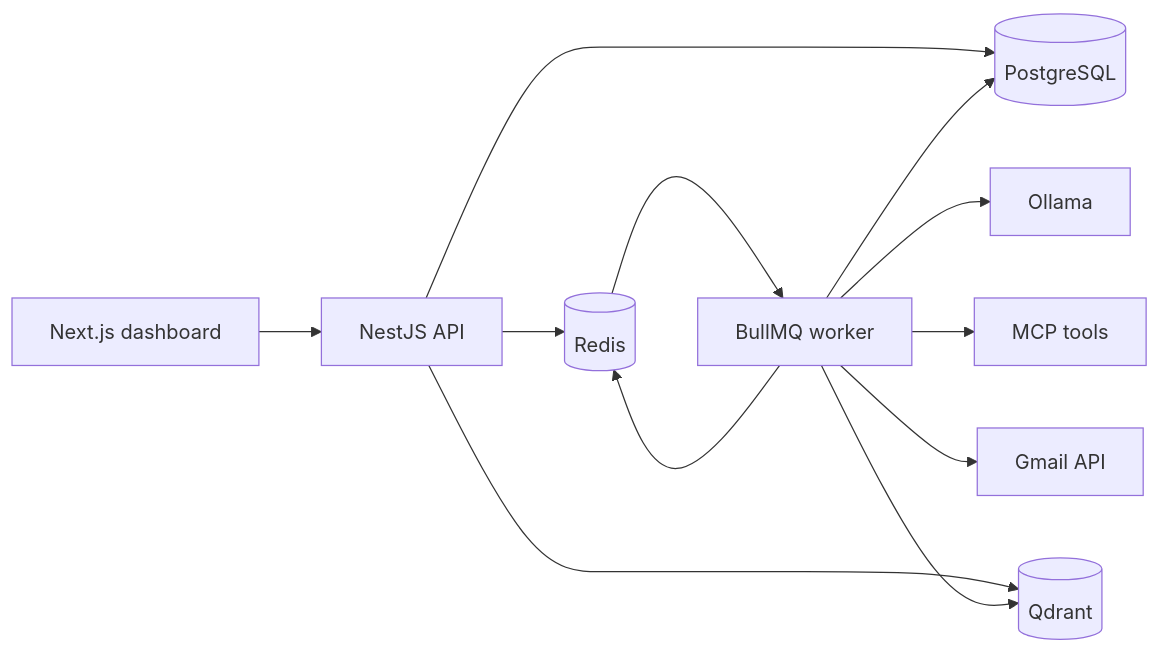
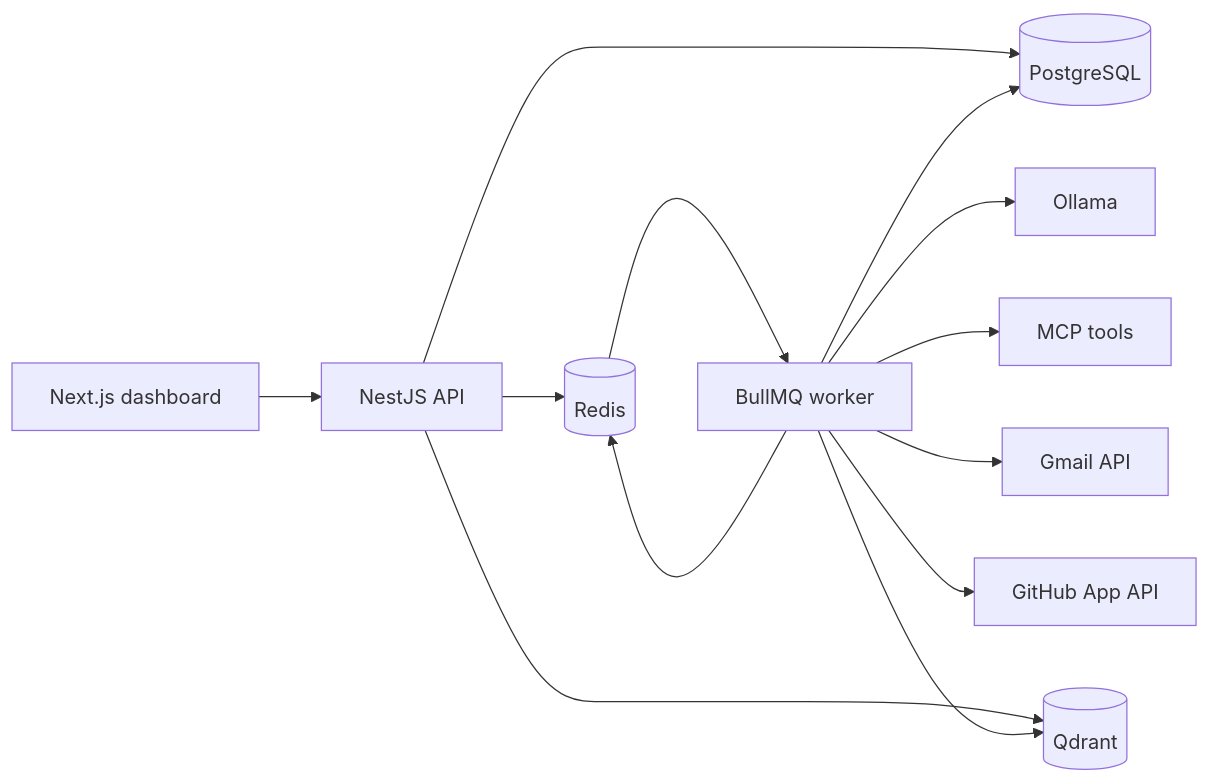
The diagram in docs/portfolio-release.md (Repith/devhub-ai-command-center), drawn with Mermaid before and after one commit. The commit also changed other lines of this file and 9 other files, not shown here.

````diff
--- a/docs/portfolio-release.md
+++ b/docs/portfolio-release.md
@@ -16,14 +16,15 @@
 ```mermaid
 flowchart LR
   Browser[Next.js dashboard] --> API[NestJS API]
   API --> Postgres[(PostgreSQL)]
   API --> Redis[(Redis)]
   API --> Qdrant[(Qdrant)]
   Redis --> Worker[BullMQ worker]
   Worker --> Ollama[Ollama]
   Worker --> MCP[MCP tools]
   Worker --> Gmail[Gmail API]
+  Worker --> GitHub[GitHub App API]
   Worker --> Postgres
   Worker --> Qdrant
   Worker --> Redis
 ```
````
